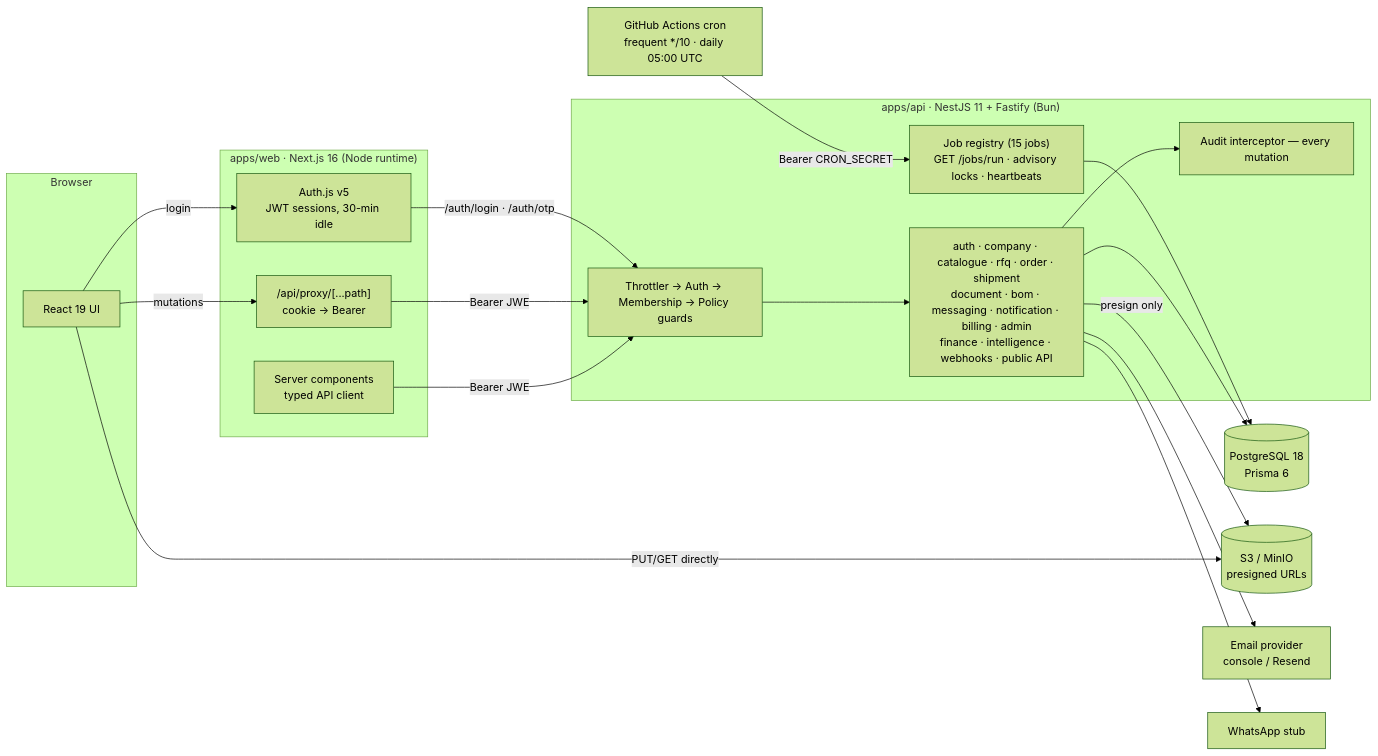
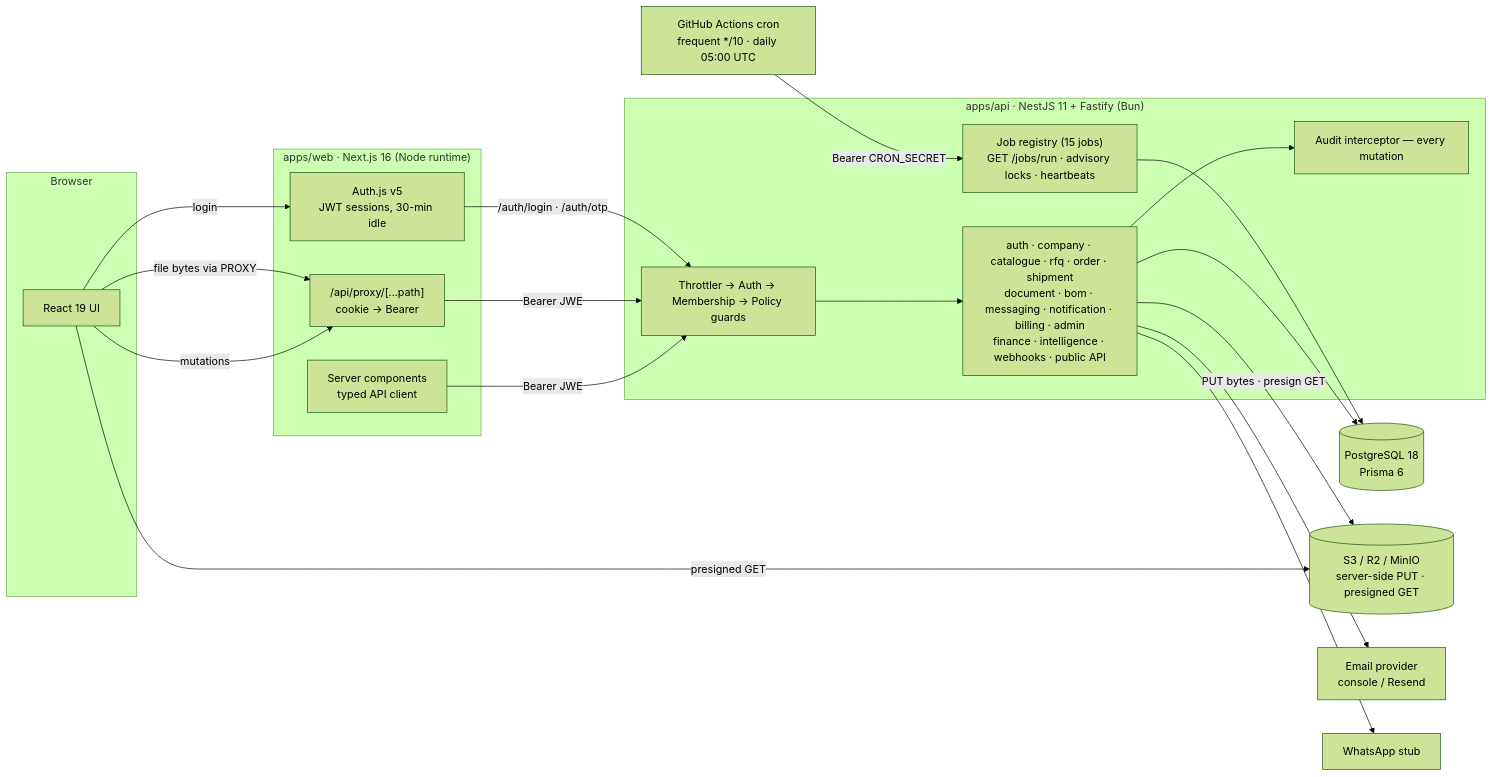
The diagram in README.md (ionatech2025/global_pharmachain), drawn with Mermaid (forest theme) before and after one commit. The commit also changed other lines of this file and 17 other files, not shown here.

First line of the commit message:
fix(documents): upload via the API, not a browser PUT to storage (#5) (#55)

````diff
--- a/README.md
+++ b/README.md
@@ -84,39 +84,40 @@
 ```mermaid
 flowchart LR
   subgraph Browser
     UI[React 19 UI]
   end
 
   subgraph web["apps/web · Next.js 16 (Node runtime)"]
     RSC[Server components<br/>typed API client]
     PROXY["/api/proxy/[...path]<br/>cookie → Bearer"]
     AUTHJS[Auth.js v5<br/>JWT sessions, 30-min idle]
   end
 
   subgraph api["apps/api · NestJS 11 + Fastify (Bun)"]
     GUARDS[Throttler → Auth → Membership → Policy guards]
     MODULES[auth · company · catalogue · rfq · order · shipment<br/>document · bom · messaging · notification · billing · admin<br/>finance · intelligence · webhooks · public API]
     AUDIT[Audit interceptor — every mutation]
     JOBS["Job registry (15 jobs)<br/>GET /jobs/run · advisory locks · heartbeats"]
   end
 
   CRON[GitHub Actions cron<br/>frequent */10 · daily 05:00 UTC]
   DB[(PostgreSQL 18<br/>Prisma 6)]
-  S3[(S3 / MinIO<br/>presigned URLs)]
+  S3[(S3 / R2 / MinIO<br/>server-side PUT · presigned GET)]
   MAIL[Email provider<br/>console / Resend]
   WA[WhatsApp stub]
 
   UI -->|mutations| PROXY
   UI -->|login| AUTHJS
   RSC -->|Bearer JWE| GUARDS
   PROXY -->|Bearer JWE| GUARDS
   AUTHJS -->|"/auth/login · /auth/otp"| GUARDS
   GUARDS --> MODULES --> AUDIT
   MODULES --> DB
-  MODULES -->|presign only| S3
-  UI -->|PUT/GET directly| S3
+  MODULES -->|"PUT bytes · presign GET"| S3
+  UI -->|"file bytes via PROXY"| PROXY
+  UI -->|presigned GET| S3
   MODULES --> MAIL
   MODULES --> WA
   CRON -->|Bearer CRON_SECRET| JOBS
   JOBS --> DB
 ```
````
